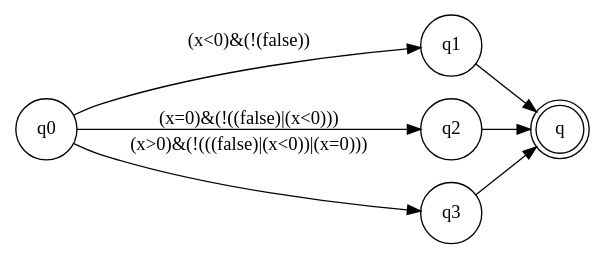
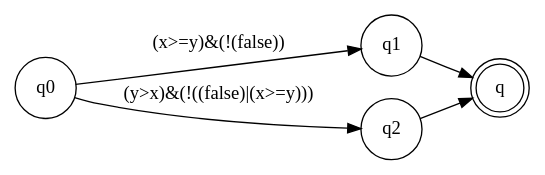
One commit to DanielHauge/02141-computer-science-modeling changed the diagram in 02141-csm-mandatory/test.gv. Above: the diagram before and after it, drawn with Graphviz. The commit also changed 12 other files, not shown here.

```diff
--- a/02141-csm-mandatory/test.gv
+++ b/02141-csm-mandatory/test.gv
@@ -1,11 +1,9 @@
 digraph program_graph {rankdir=LR;
 node [shape = circle]; q0;
 node [shape = doublecircle]; q#;
 node [shape = circle]
-q0 -> q1 [label= "(x<0)&(!(false))"];
-q1 -> q# [label= "y:=-1*z*z"];
-q0 -> q2 [label= "(x=0)&(!((false)|(x<0)))"];
-q2 -> q# [label= "y:=0"];
-q0 -> q3 [label= "(x>0)&(!(((false)|(x<0))|(x=0)))"];
-q3 -> q# [label= "y:=z*z"];
+q0 -> q1 [label= "(x>=y)&(!(false))"];
+q1 -> q# [label= "z:=x"];
+q0 -> q2 [label= "(y>x)&(!((false)|(x>=y)))"];
+q2 -> q# [label= "z:=y"];
 }
```
